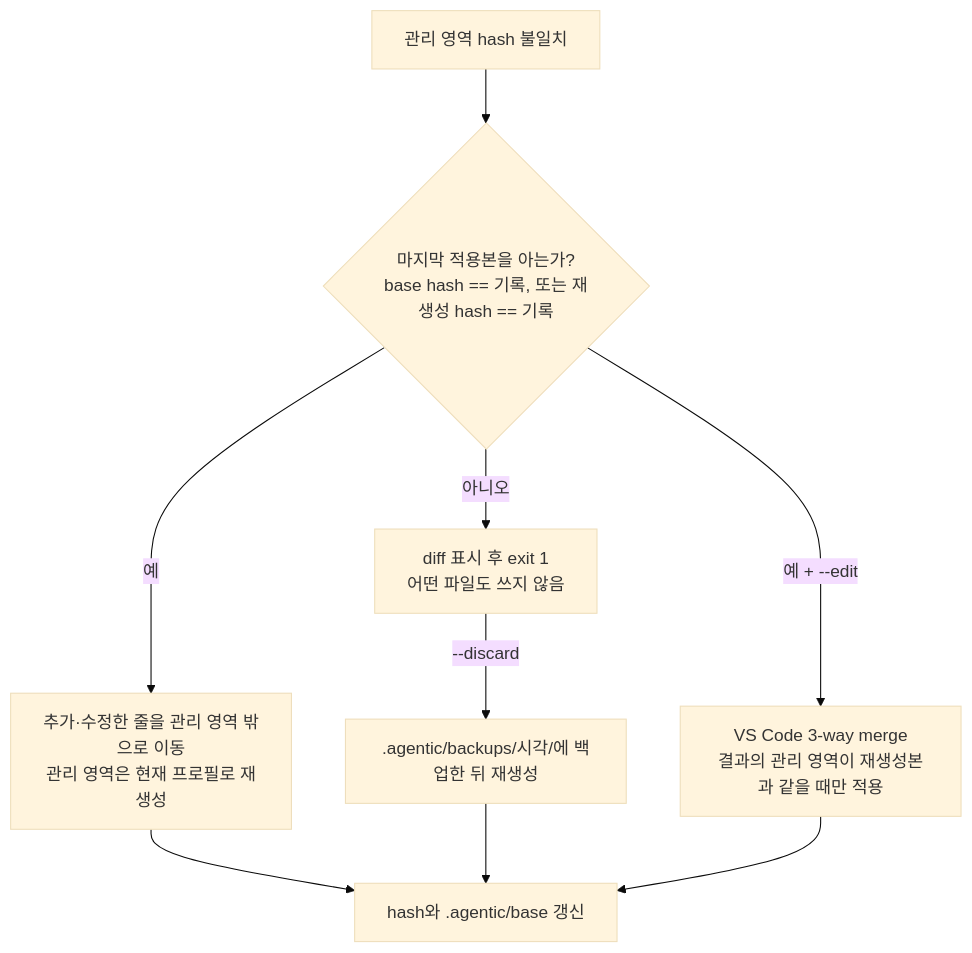
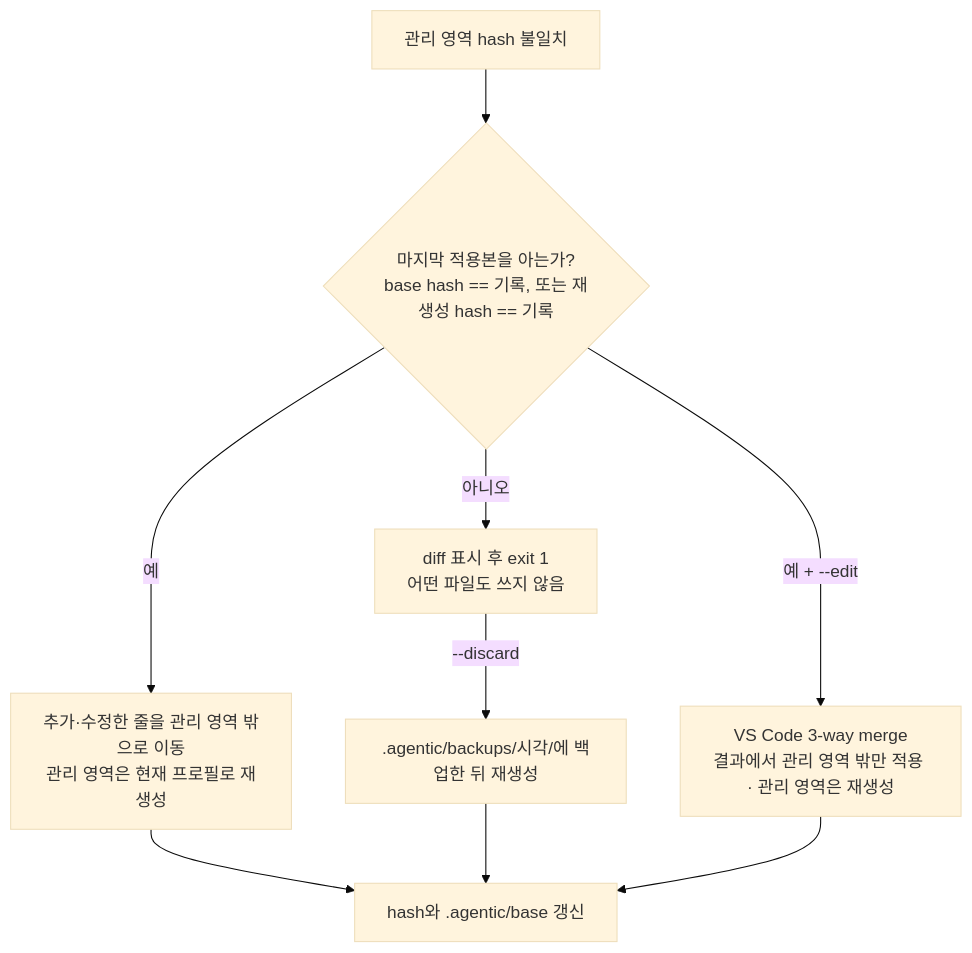
Before and after one commit to IsthisLee/agent-context-manager: the fourth of 4 diagrams in docs/discussion/architecture/topics/managed-artifact-safety.md, drawn with Mermaid (base theme). The commit also changed other lines of this file and 17 other files, not shown here.

````diff
--- a/docs/discussion/architecture/topics/managed-artifact-safety.md
+++ b/docs/discussion/architecture/topics/managed-artifact-safety.md
@@ -212,11 +212,11 @@
 ```mermaid
 flowchart TD
   C["관리 영역 hash 불일치"] --> K{"마지막 적용본을 아는가?<br/>base hash == 기록, 또는 재생성 hash == 기록"}
   K -->|"예"| AUTO["추가·수정한 줄을 관리 영역 밖으로 이동<br/>관리 영역은 현재 프로필로 재생성"]
   K -->|"아니오"| HALT["diff 표시 후 exit 1<br/>어떤 파일도 쓰지 않음"]
   HALT -->|"--discard"| BACKUP[".agentic/backups/시각/에 백업한 뒤 재생성"]
-  K -->|"예 + --edit"| EDIT["VS Code 3-way merge<br/>결과의 관리 영역이 재생성본과 같을 때만 적용"]
+  K -->|"예 + --edit"| EDIT["VS Code 3-way merge<br/>결과에서 관리 영역 밖만 적용 · 관리 영역은 재생성"]
   AUTO --> WRITE["hash와 .agentic/base 갱신"]
   BACKUP --> WRITE
   EDIT --> WRITE
 ```
````
